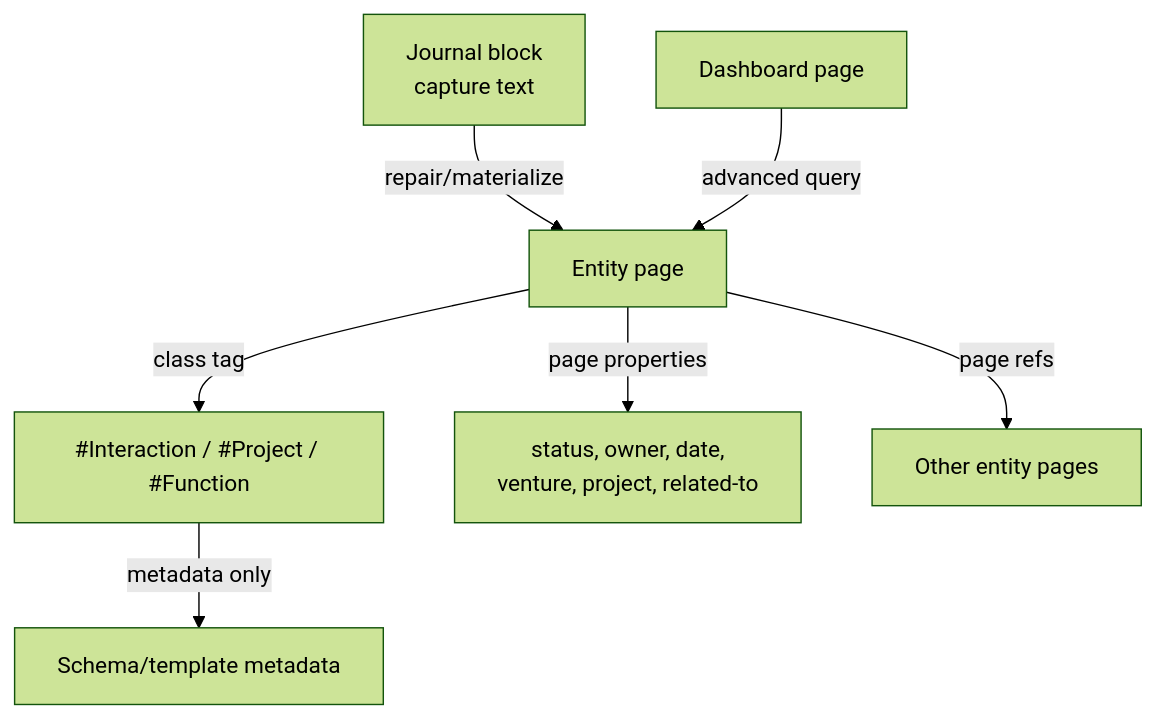
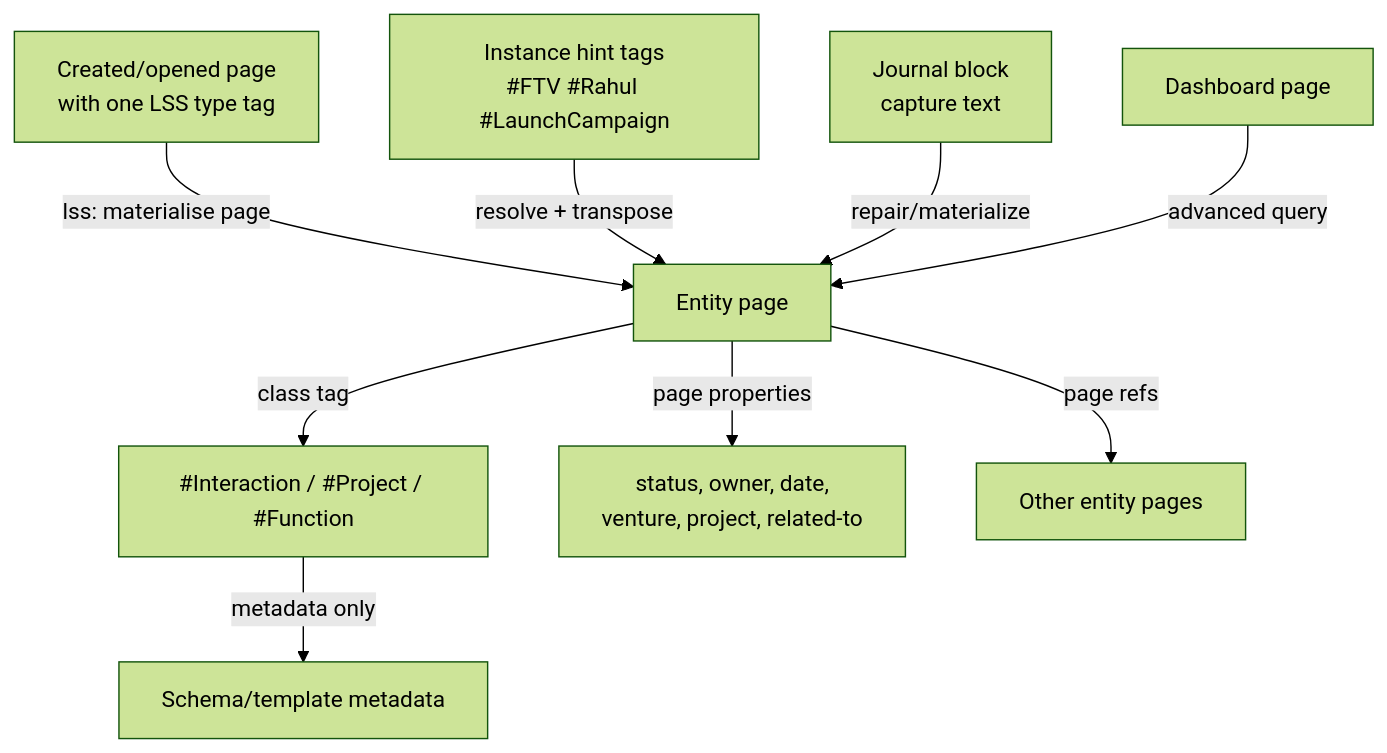
Before and after one commit to AshutoshMahindru/lss-db: the first of 2 diagrams in docs/LSS_DB_WHITE_PAPER.md, drawn with Mermaid (forest theme). The commit also changed other lines of this file and 40 other files, not shown here.

````diff
--- a/docs/LSS_DB_WHITE_PAPER.md
+++ b/docs/LSS_DB_WHITE_PAPER.md
@@ -68,9 +78,11 @@
 ```mermaid
 flowchart TD
-    J["Journal block<br/>capture text"] -->|repair/materialize| E["Entity page"]
+    P0["Created/opened page<br/>with one LSS type tag"] -->|lss: materialise page| E["Entity page"]
+    H["Instance hint tags<br/>#FTV #Rahul #LaunchCampaign"] -->|resolve + transpose| E
+    J["Journal block<br/>capture text"] -->|repair/materialize| E
     E -->|class tag| C["#Interaction / #Project / #Function"]
     E -->|page properties| P["status, owner, date,<br/>venture, project, related-to"]
     E -->|page refs| G["Other entity pages"]
     C -->|metadata only| M["Schema/template metadata"]
     D["Dashboard page"] -->|advanced query| E
 ```
````
